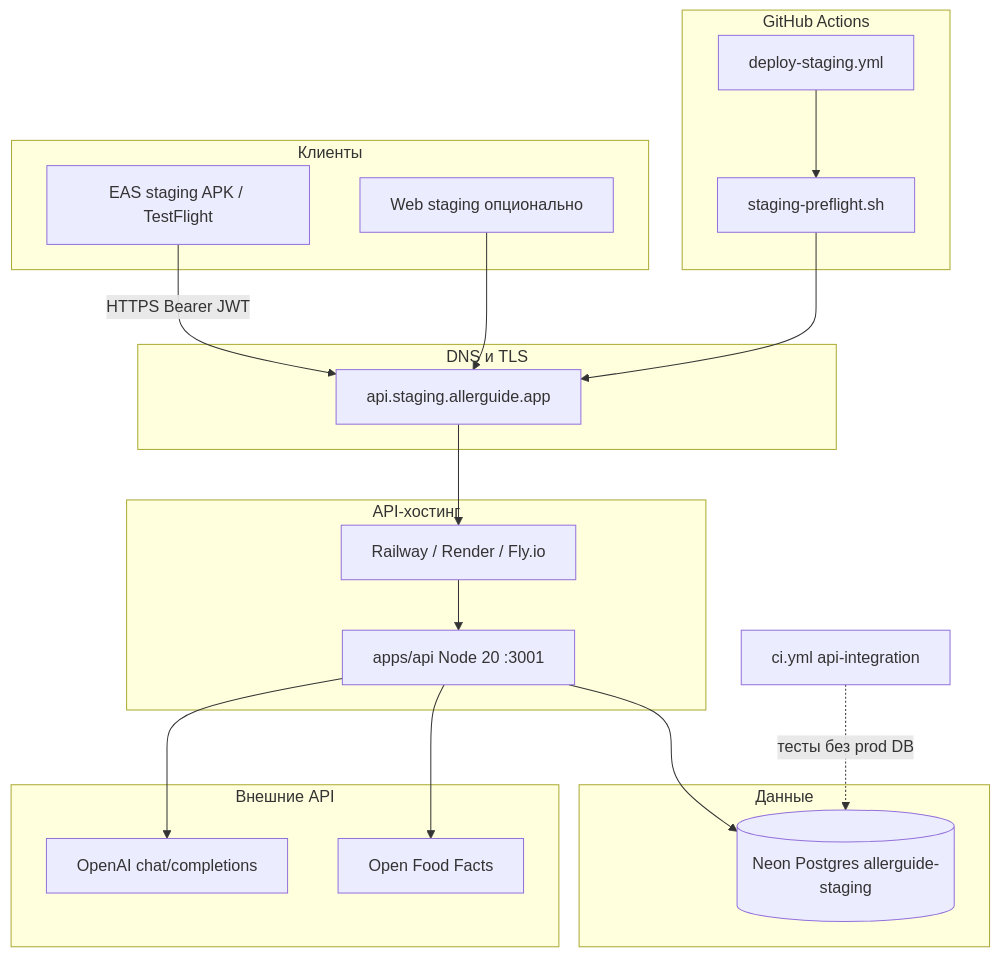
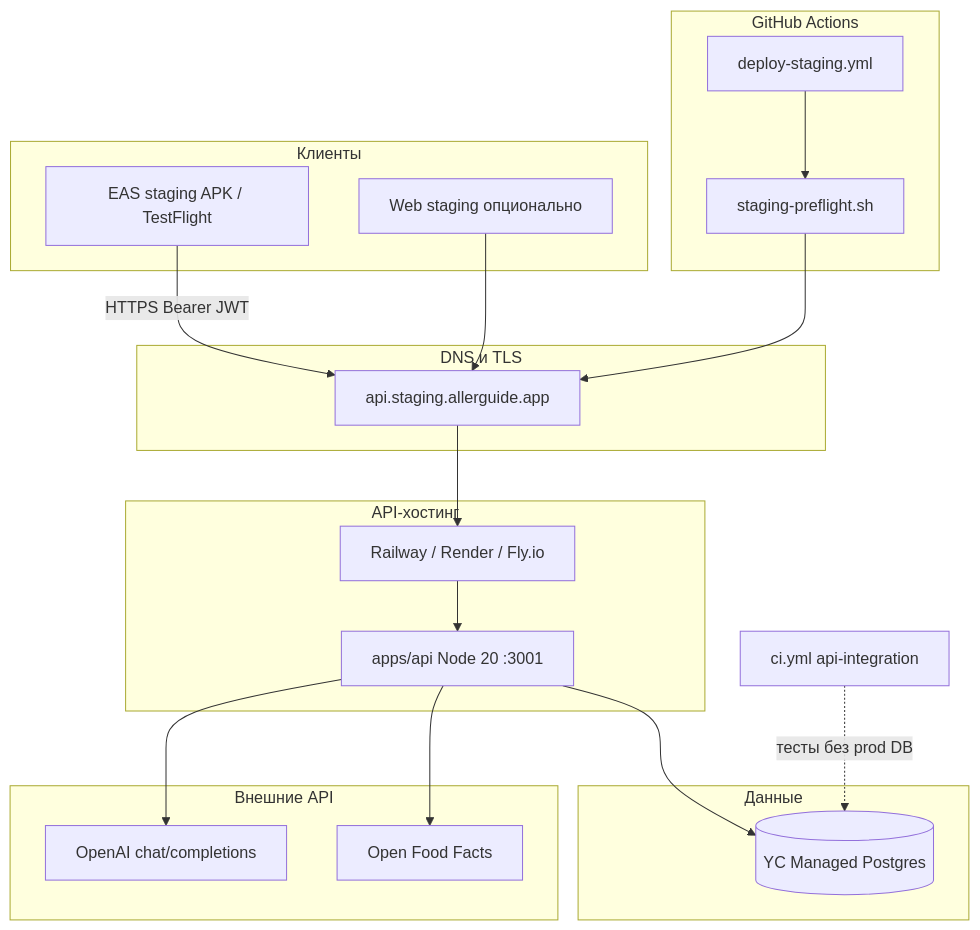
The first of 2 diagrams in docs/staging-infrastructure-plan.md (zuevfoton-art/AllerGuide), drawn with Mermaid before and after one commit. The commit also changed other lines of this file and 23 other files, not shown here.

First line of the commit message:
chore: remove Neon; staging Postgres is Yandex Cloud Managed

````diff
--- a/docs/staging-infrastructure-plan.md
+++ b/docs/staging-infrastructure-plan.md
@@ -25,41 +25,41 @@
 ```mermaid
 flowchart TB
   subgraph clients [Клиенты]
     EAS["EAS staging APK / TestFlight"]
     Web["Web staging опционально"]
   end
 
   subgraph edge [DNS и TLS]
     DNS["api.staging.allerguide.app"]
   end
 
   subgraph compute [API-хостинг]
     Host["Railway / Render / Fly.io"]
     API["apps/api Node 20 :3001"]
     Host --> API
   end
 
   subgraph data [Данные]
-    Neon[("Neon Postgres allerguide-staging")]
-    API --> Neon
+    YcPg[("YC Managed Postgres")]
+    API --> YcPg
   end
 
   subgraph external [Внешние API]
     OpenAI["OpenAI chat/completions"]
     OFF["Open Food Facts"]
     API --> OpenAI
     API --> OFF
   end
 
   subgraph ci [GitHub Actions]
     Deploy["deploy-staging.yml"]
     Preflight["staging-preflight.sh"]
     Deploy --> Preflight
   end
 
   EAS -->|HTTPS Bearer JWT| DNS
   Web --> DNS
   DNS --> Host
   Preflight --> DNS
-  CI_INT["ci.yml api-integration"] -.->|тесты без prod DB| Neon
+  CI_INT["ci.yml api-integration"] -.->|тесты без prod DB| YcPg
 ```
````
